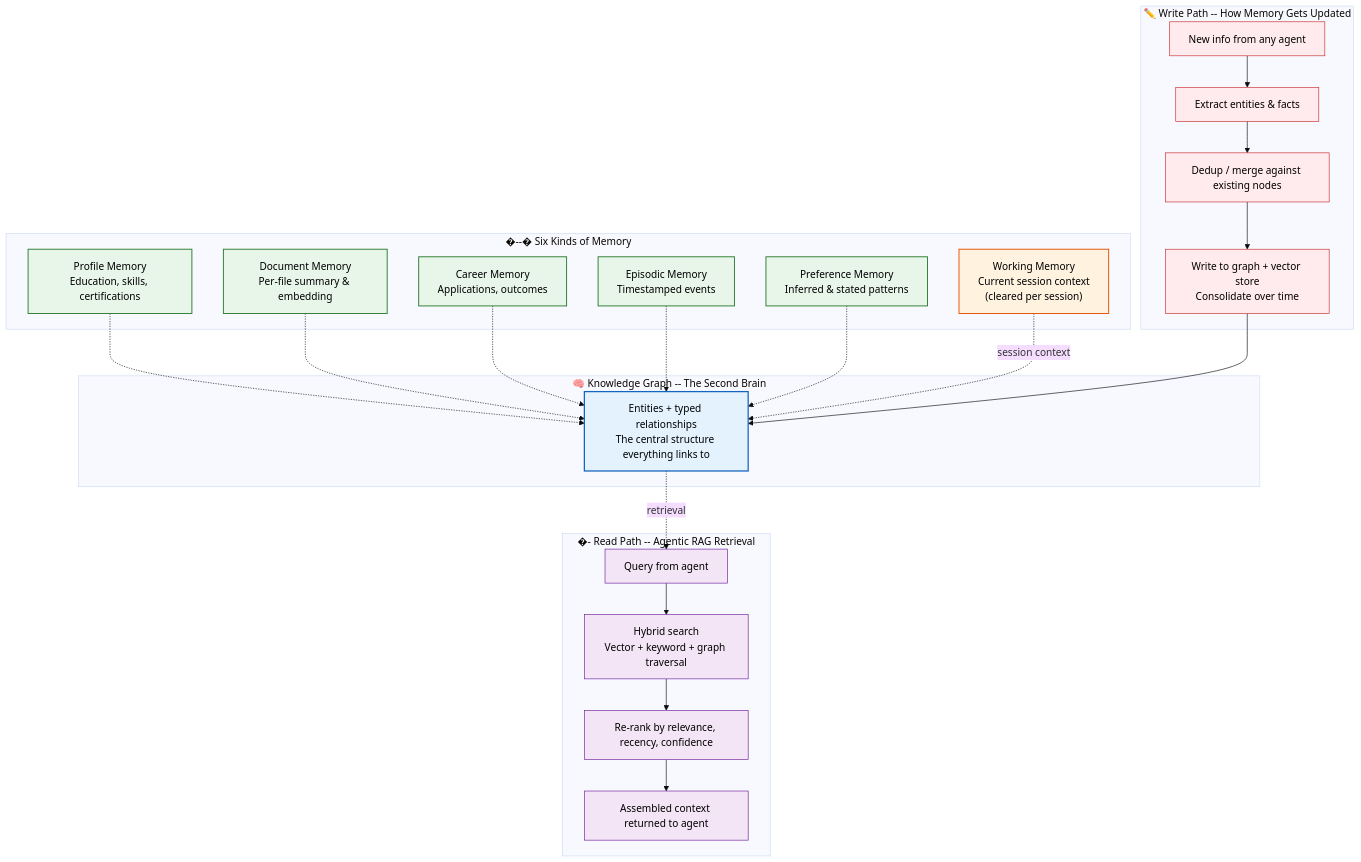
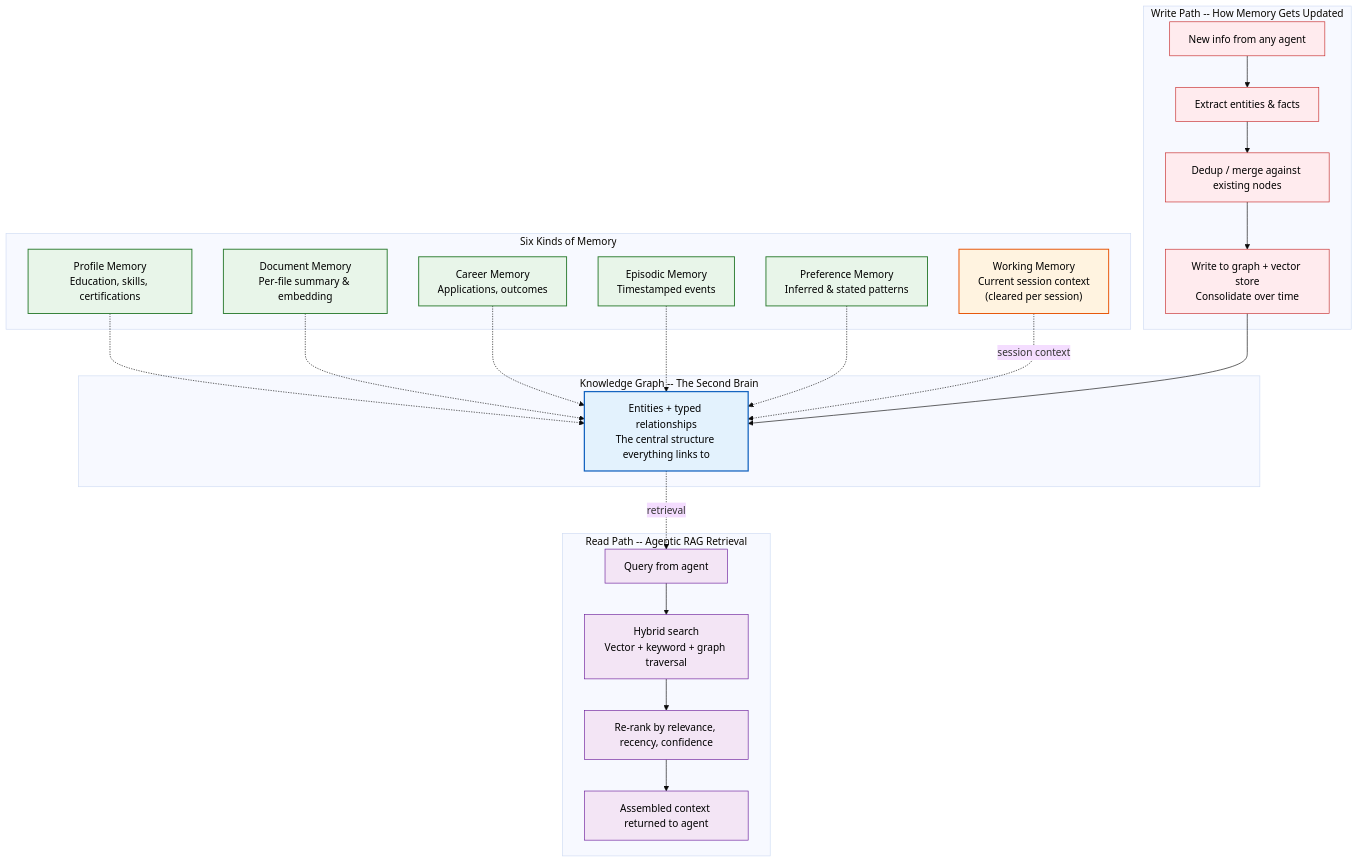
The diagram in docs/04-memory-knowledge-graph.md (Driftloom/Vaeloom), drawn with Mermaid (base theme) before and after one commit. The commit also changed other lines of this file and 694 other files, not shown here.

First line of the commit message:
docs: mermaid standardization — encoding/mermaid/duplicate cleanup

````diff
--- a/docs/04-memory-knowledge-graph.md
+++ b/docs/04-memory-knowledge-graph.md
@@ -37,46 +37,46 @@
 ```mermaid
 graph TD
-    classDef knowledge fill:#e3f2fd,stroke:#1565c0,color:#000,stroke-width:2px
-    classDef memory fill:#e8f5e9,stroke:#2e7d32,color:#000,stroke-width:1.5px
-    classDef ephemeral fill:#fff3e0,stroke:#e65100,color:#000,stroke-width:1.5px
-    classDef read fill:#f3e5f5,stroke:#6a1b9a,color:#000,stroke-width:1px
-    classDef write fill:#ffebee,stroke:#c62828,color:#000,stroke-width:1px
+ classDef knowledge fill:#e3f2fd,stroke:#1565c0,color:#000,stroke-width:2px
+ classDef memory fill:#e8f5e9,stroke:#2e7d32,color:#000,stroke-width:1.5px
+ classDef ephemeral fill:#fff3e0,stroke:#e65100,color:#000,stroke-width:1.5px
+ classDef read fill:#f3e5f5,stroke:#6a1b9a,color:#000,stroke-width:1px
+ classDef write fill:#ffebee,stroke:#c62828,color:#000,stroke-width:1px
 
-    subgraph Graph["🧠 Knowledge Graph -- The Second Brain"]
-        KG["Entities + typed relationships<br/>The central structure everything links to"]
-    end
+ subgraph Graph["Knowledge Graph -- The Second Brain"]
+ KG["Entities + typed relationships<br/>The central structure everything links to"]
+ end
 
-    subgraph MemTypes["�--�️ Six Kinds of Memory"]
-        P["Profile Memory<br/>Education, skills, certifications"]
-        D["Document Memory<br/>Per-file summary & embedding"]
-        C["Career Memory<br/>Applications, outcomes"]
-        E["Episodic Memory<br/>Timestamped events"]
-        R["Preference Memory<br/>Inferred & stated patterns"]
-        W["Working Memory<br/>Current session context<br/>(cleared per session)"]
-    end
+ subgraph MemTypes["Six Kinds of Memory"]
+ P["Profile Memory<br/>Education, skills, certifications"]
+ D["Document Memory<br/>Per-file summary & embedding"]
+ C["Career Memory<br/>Applications, outcomes"]
+ E["Episodic Memory<br/>Timestamped events"]
+ R["Preference Memory<br/>Inferred & stated patterns"]
+ W["Working Memory<br/>Current session context<br/>(cleared per session)"]
+ end
 
-    subgraph ReadPath["�- Read Path -- Agentic RAG Retrieval"]
-        R1["Query from agent"]
-        R2["Hybrid search<br/>Vector + keyword + graph traversal"]
-        R3["Re-rank by relevance, recency, confidence"]
-        R4["Assembled context returned to agent"]
-    end
+ subgraph ReadPath["Read Path -- Agentic RAG Retrieval"]
+ R1["Query from agent"]
+ R2["Hybrid search<br/>Vector + keyword + graph traversal"]
+ R3["Re-rank by relevance, recency, confidence"]
+ R4["Assembled context returned to agent"]
+ end
 
-    subgraph WritePath["✏️ Write Path -- How Memory Gets Updated"]
-        W1["New info from any agent"]
-        W2["Extract entities & facts"]
-        W3["Dedup / merge against existing nodes"]
-        W4["Write to graph + vector store<br/>Consolidate over time"]
-    end
+ subgraph WritePath["Write Path -- How Memory Gets Updated"]
+ W1["New info from any agent"]
+ W2["Extract entities & facts"]
+ W3["Dedup / merge against existing nodes"]
+ W4["Write to graph + vector store<br/>Consolidate over time"]
+ end
 
-    P & D & C & E & R -.-> KG
-    W -.->|session context| KG
-    KG -.->|retrieval| R1 --> R2 --> R3 --> R4
-    W1 --> W2 --> W3 --> W4 --> KG
+ P & D & C & E & R -.-> KG
+ W -.->|session context| KG
+ KG -.->|retrieval| R1--> R2--> R3--> R4
+ W1--> W2--> W3--> W4--> KG
 
-    class KG knowledge
-    class P,D,C,E,R,W memory
-    class W ephemeral
-    class R1,R2,R3,R4 read
-    class W1,W2,W3,W4 write
+ class KG knowledge
+ class P,D,C,E,R,W memory
+ class W ephemeral
+ class R1,R2,R3,R4 read
+ class W1,W2,W3,W4 write
 ```
````
